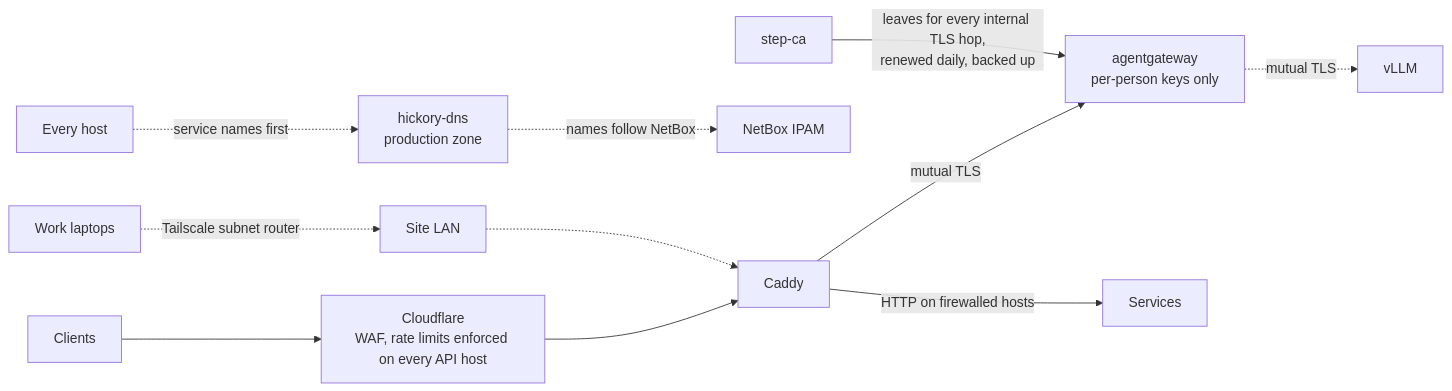
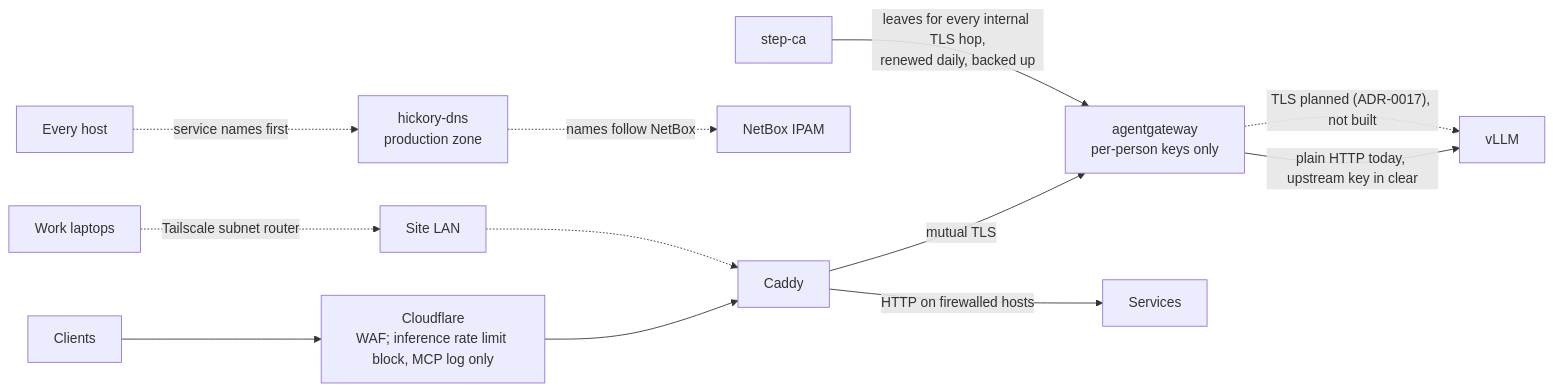
Diagram 14 of 14 in plan/architecture/network-architecture.md (uhstray-io/agent-cloud), drawn with Mermaid before and after one commit. The commit also changed other lines of this file, not shown here.

First line of the commit message:
docs(architecture): correct the network map against the repository

````diff
--- a/plan/architecture/network-architecture.md
+++ b/plan/architecture/network-architecture.md
@@ -646,13 +665,14 @@
 ```mermaid
 flowchart LR
-    CL["Clients"] --> CF["Cloudflare<br/>WAF, rate limits enforced on every API host"]
+    CL["Clients"] --> CF["Cloudflare<br/>WAF; inference rate limit block, MCP log only"]
     LAPTOP["Work laptops"] -.->|"Tailscale subnet router"| LANIN["Site LAN"]
     CF --> CADDY["Caddy"]
     LANIN -.-> CADDY
     CADDY -->|"mutual TLS"| AGW["agentgateway<br/>per-person keys only"]
-    AGW -.->|"mutual TLS"| VLLM["vLLM"]
+    AGW -->|"plain HTTP today, upstream key in clear"| VLLM["vLLM"]
+    AGW -.->|"TLS planned (ADR-0017), not built"| VLLM
     CADDY -->|"HTTP on firewalled hosts"| SVC["Services"]
     HOSTS["Every host"] -.->|"service names first"| DNS["hickory-dns<br/>production zone"]
     DNS -.->|"names follow NetBox"| NB["NetBox IPAM"]
     CA["step-ca"] -->|"leaves for every internal TLS hop,<br/>renewed daily, backed up"| AGW
 ```
````
